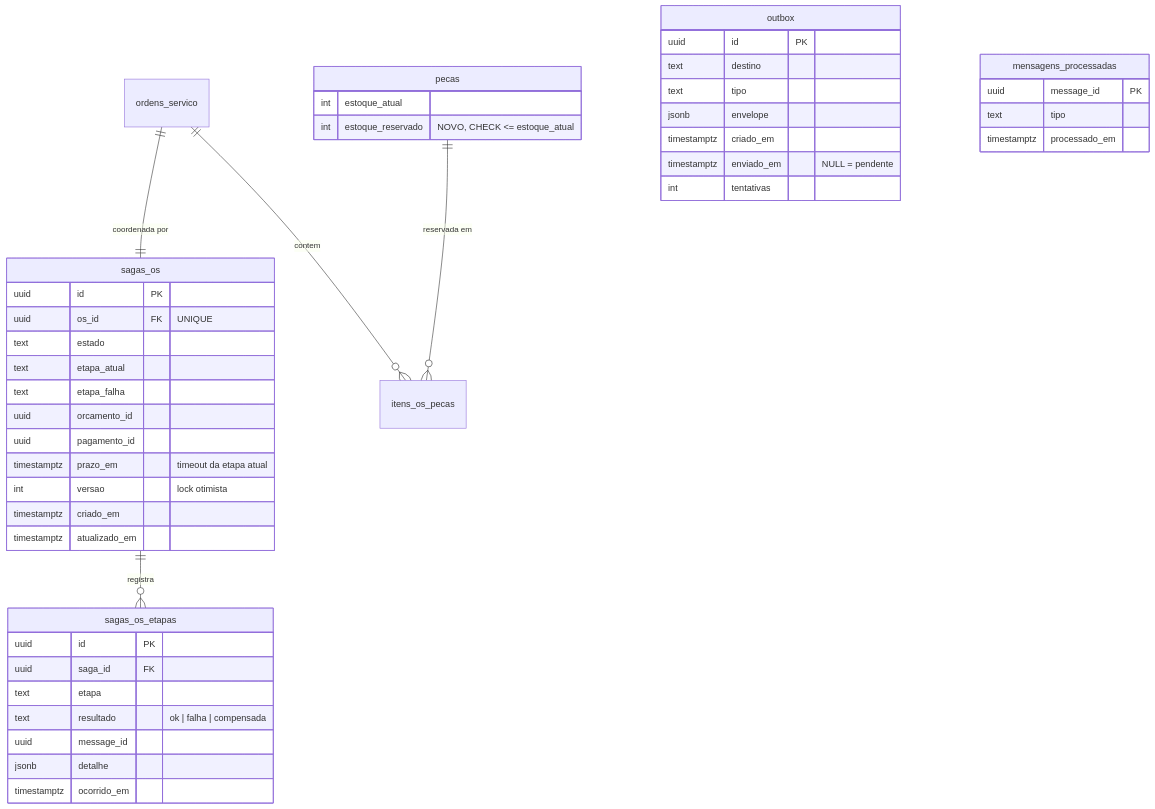
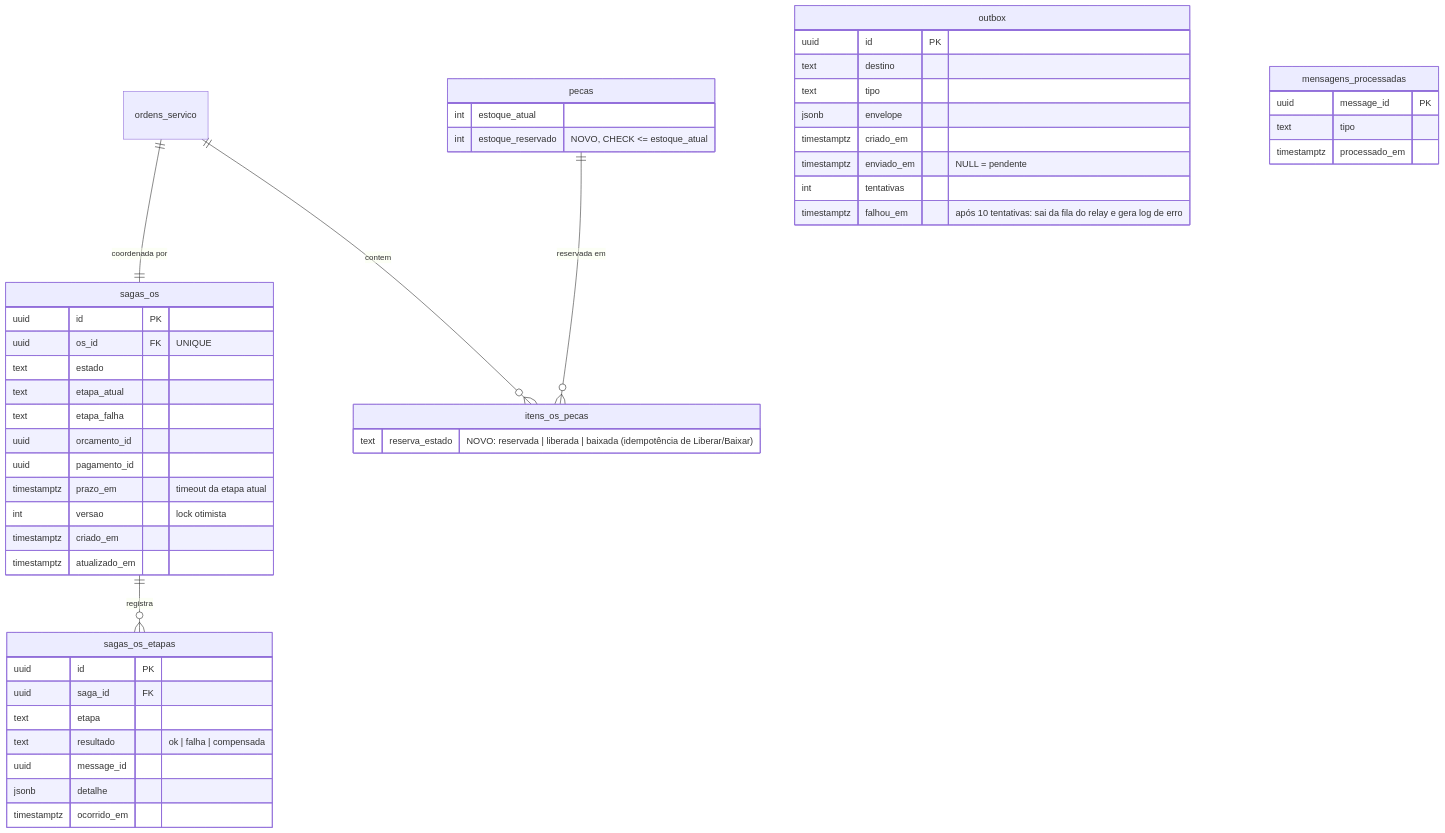
The seventh of 9 diagrams in docs/planejamentos/fase-4/arquitetura.md (ProblemaTheu/oficina-app), drawn with Mermaid before and after one commit. The commit also changed other lines of this file and 6 other files, not shown here.

````diff
--- a/docs/planejamentos/fase-4/arquitetura.md
+++ b/docs/planejamentos/fase-4/arquitetura.md
@@ -366,48 +377,52 @@
 ```mermaid
 erDiagram
     ordens_servico ||--|| sagas_os : "coordenada por"
     sagas_os ||--o{ sagas_os_etapas : "registra"
     pecas ||--o{ itens_os_pecas : "reservada em"
     ordens_servico ||--o{ itens_os_pecas : contem
 
     sagas_os {
         uuid id PK
         uuid os_id FK "UNIQUE"
         text estado
         text etapa_atual
         text etapa_falha
         uuid orcamento_id
         uuid pagamento_id
         timestamptz prazo_em "timeout da etapa atual"
         int versao "lock otimista"
         timestamptz criado_em
         timestamptz atualizado_em
     }
     sagas_os_etapas {
         uuid id PK
         uuid saga_id FK
         text etapa
         text resultado "ok | falha | compensada"
         uuid message_id
         jsonb detalhe
         timestamptz ocorrido_em
     }
+    itens_os_pecas {
+        text reserva_estado "NOVO: reservada | liberada | baixada (idempotência de Liberar/Baixar)"
+    }
     pecas {
         int estoque_atual
         int estoque_reservado "NOVO, CHECK <= estoque_atual"
     }
     outbox {
         uuid id PK
         text destino
         text tipo
         jsonb envelope
         timestamptz criado_em
         timestamptz enviado_em "NULL = pendente"
         int tentativas
+        timestamptz falhou_em "após 10 tentativas: sai da fila do relay e gera log de erro"
     }
     mensagens_processadas {
         uuid message_id PK
         text tipo
         timestamptz processado_em
     }
 ```
````
